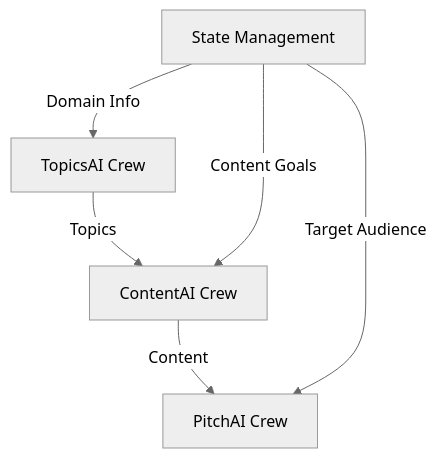
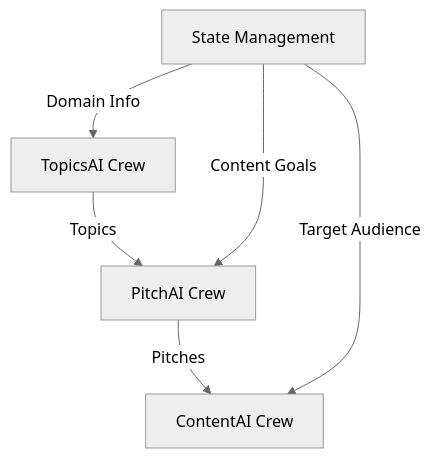
The diagram in README.md (mgunnin/multi-agent-system), drawn with Mermaid (neutral theme) before and after one commit. The commit also changed other lines of this file, not shown here.

Commit message:
Enhance content generation process with improved error handling and logging

````diff
--- a/README.md
+++ b/README.md
@@ -46,8 +7,8 @@
 ```mermaid
 graph TD
-    A[TopicsAI Crew] -->|Topics| B[ContentAI Crew]
-    B -->|Content| C[PitchAI Crew]
+    A[TopicsAI Crew] -->|Topics| B[PitchAI Crew]
+    B -->|Pitches| C[ContentAI Crew]
     D[State Management] -->|Domain Info| A
     D -->|Content Goals| B
     D -->|Target Audience| C
 ```
````
